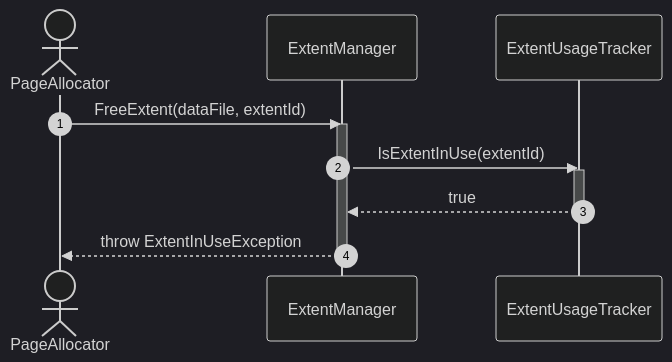
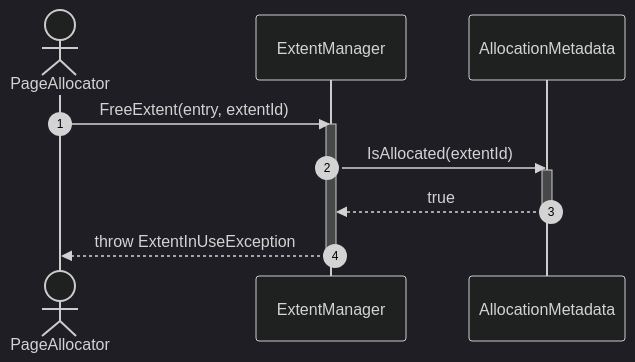
Before and after one commit to manaxpow/DBMS: the fourth of 5 diagrams in docs/diagrams/sequence-diagrams/storage-engine/file-management/extent-management/free-extent.md, drawn with Mermaid (dark theme). The commit also changed other lines of this file and 98 other files, not shown here.

````diff
--- a/docs/diagrams/sequence-diagrams/storage-engine/file-management/extent-management/free-extent.md
+++ b/docs/diagrams/sequence-diagrams/storage-engine/file-management/extent-management/free-extent.md
@@ -130,19 +143,19 @@
 ```mermaid
 sequenceDiagram
     autonumber
 
     actor PA as PageAllocator
     participant EM as ExtentManager
-    participant EU as ExtentUsageTracker
+    participant AM as AllocationMetadata
 
-    PA->>EM: FreeExtent(dataFile, extentId)
+    PA->>EM: FreeExtent(entry, extentId)
     activate EM
 
-    EM->>EU: IsExtentInUse(extentId)
-    activate EU
-    EU-->>EM: true
-    deactivate EU
+    EM->>AM: IsAllocated(extentId)
+    activate AM
+    AM-->>EM: true
+    deactivate AM
 
     EM-->>PA: throw ExtentInUseException
     deactivate EM
 ```
````
